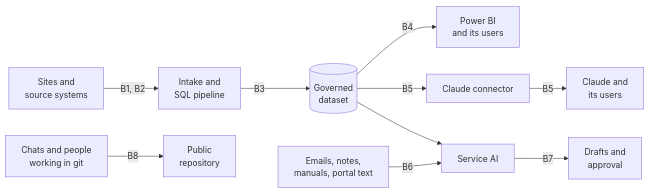
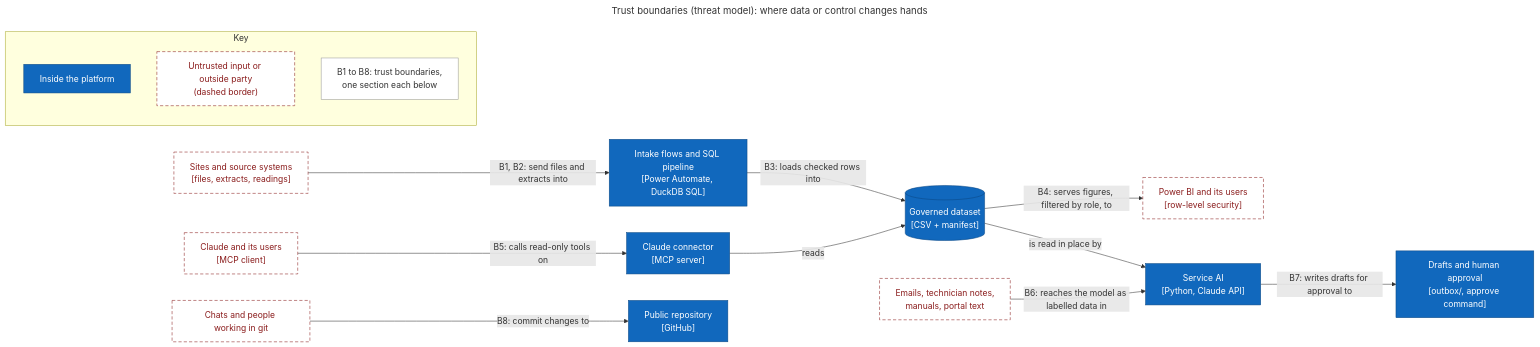
The diagram in docs/threat-model.md (voneeci/fjordvik), drawn with Mermaid before and after one commit. The commit also changed other lines of this file and 5 other files, not shown here.

First line of the commit message:
docs: diagrams to the C4 checklist, metric catalogue, folder proposal

````diff
--- a/docs/threat-model.md
+++ b/docs/threat-model.md
@@ -22,13 +22,35 @@
 ```mermaid
+---
+title: "Trust boundaries (threat model): where data or control changes hands"
+---
 flowchart LR
-    classDef zone fill:#ffffff,stroke:#b91c1c,stroke-dasharray:6 4,color:#b91c1c
-    S["Sites and<br/>source systems"] -->|B1, B2| IN["Intake and<br/>SQL pipeline"]
-    IN -->|B3| DS[("Governed<br/>dataset")]
-    DS -->|B4| PBI["Power BI<br/>and its users"]
-    DS -->|B5| MCP["Claude connector"]
-    MCP -->|B5| CL["Claude and<br/>its users"]
-    DS --> SAI["Service AI"]
-    TXT["Emails, notes,<br/>manuals, portal text"] -->|B6| SAI
-    SAI -->|B7| OUT["Drafts and<br/>approval"]
-    DEV["Chats and people<br/>working in git"] -->|B8| REPO["Public<br/>repository"]
+    classDef internal fill:#1168bd,color:#ffffff,stroke:#0b4884
+    classDef untrusted fill:#ffffff,color:#8a1c1c,stroke:#8a1c1c,stroke-dasharray:6 4
+    classDef note fill:#ffffff,color:#333333,stroke:#999999
+    subgraph KEY["Key"]
+        direction TB
+        KI["Inside the platform"]:::internal
+        KU["Untrusted input or outside party<br/>(dashed border)"]:::untrusted
+        KN["B1 to B8: trust boundaries,<br/>one section each below"]:::note
+    end
+    S["Sites and source systems<br/>[files, extracts, readings]"]:::untrusted
+    IN["Intake flows and SQL pipeline<br/>[Power Automate, DuckDB SQL]"]:::internal
+    DS[("Governed dataset<br/>[CSV + manifest]")]:::internal
+    PBI["Power BI and its users<br/>[row-level security]"]:::untrusted
+    MCP["Claude connector<br/>[MCP server]"]:::internal
+    CL["Claude and its users<br/>[MCP client]"]:::untrusted
+    SAI["Service AI<br/>[Python, Claude API]"]:::internal
+    TXT["Emails, technician notes,<br/>manuals, portal text"]:::untrusted
+    OUT["Drafts and human approval<br/>[outbox/, approve command]"]:::internal
+    DEV["Chats and people working in git"]:::untrusted
+    REPO["Public repository<br/>[GitHub]"]:::internal
+    S -->|"B1, B2: send files and extracts into"| IN
+    IN -->|"B3: loads checked rows into"| DS
+    DS -->|"B4: serves figures, filtered by role, to"| PBI
+    CL -->|"B5: calls read-only tools on"| MCP
+    MCP -->|"reads"| DS
+    DS -->|"is read in place by"| SAI
+    TXT -->|"B6: reaches the model as labelled data in"| SAI
+    SAI -->|"B7: writes drafts for approval to"| OUT
+    DEV -->|"B8: commit changes to"| REPO
 ```
````
